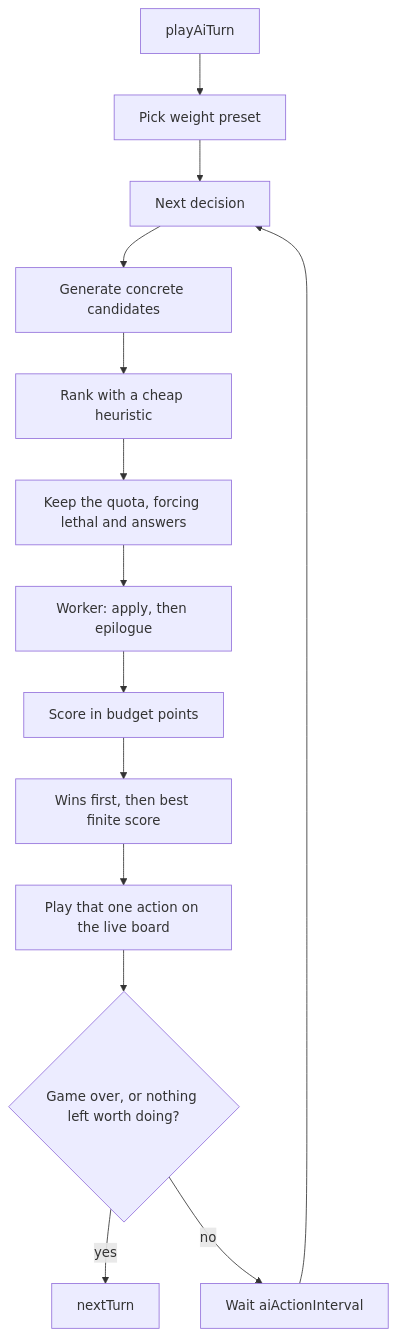
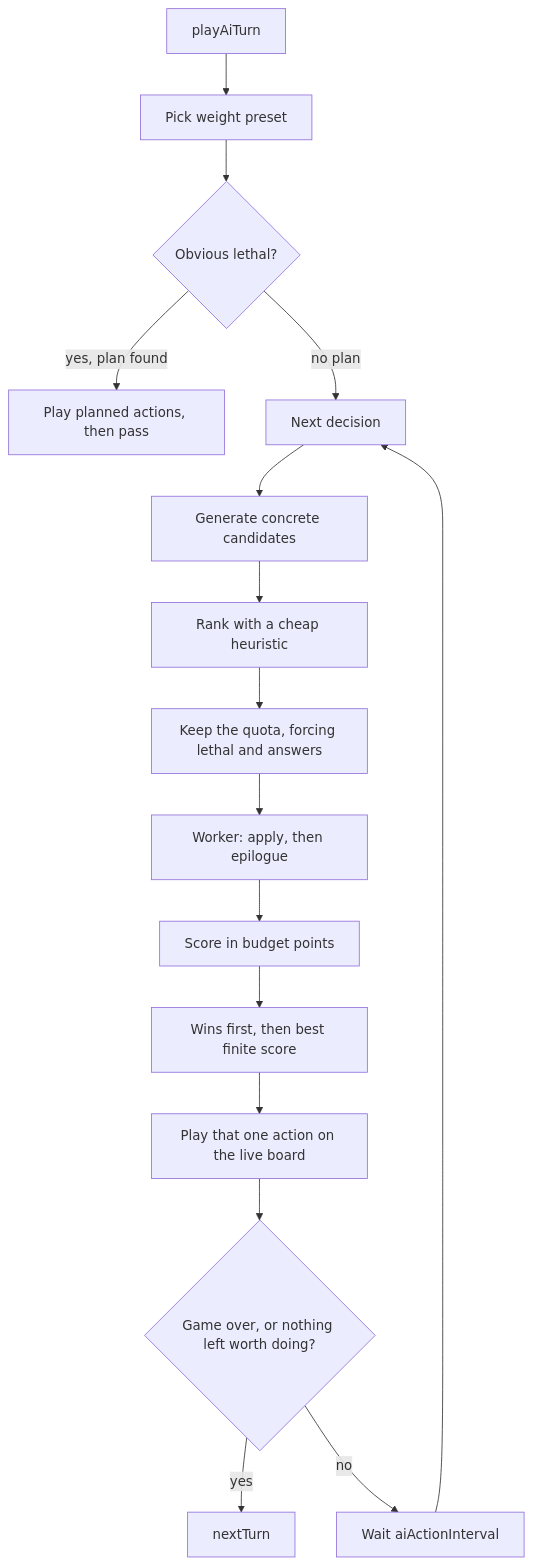
Before and after one commit to eramstein/academy: the diagram in src/lib/battle/ai/docs/architecture.md, drawn with Mermaid. The commit also changed other lines of this file and 13 other files, not shown here.

````diff
--- a/src/lib/battle/ai/docs/architecture.md
+++ b/src/lib/battle/ai/docs/architecture.md
@@ -13,16 +13,18 @@
 ```mermaid
 flowchart TD
   start[playAiTurn] --> weights[Pick weight preset]
-  weights --> loop[Next decision]
+  weights --> lethal{Obvious lethal?}
+  lethal -->|yes, plan found| script[Play planned actions, then pass]
+  lethal -->|no plan| loop[Next decision]
   loop --> gen[Generate concrete candidates]
   gen --> rank[Rank with a cheap heuristic]
   rank --> cap[Keep the quota, forcing lethal and answers]
   cap --> sim[Worker: apply, then epilogue]
   sim --> score[Score in budget points]
   score --> pick[Wins first, then best finite score]
   pick --> play[Play that one action on the live board]
   play --> won{Game over, or nothing left worth doing?}
   won -->|yes| pass[nextTurn]
   won -->|no| delay[Wait aiActionInterval]
   delay --> loop
 ```
````
